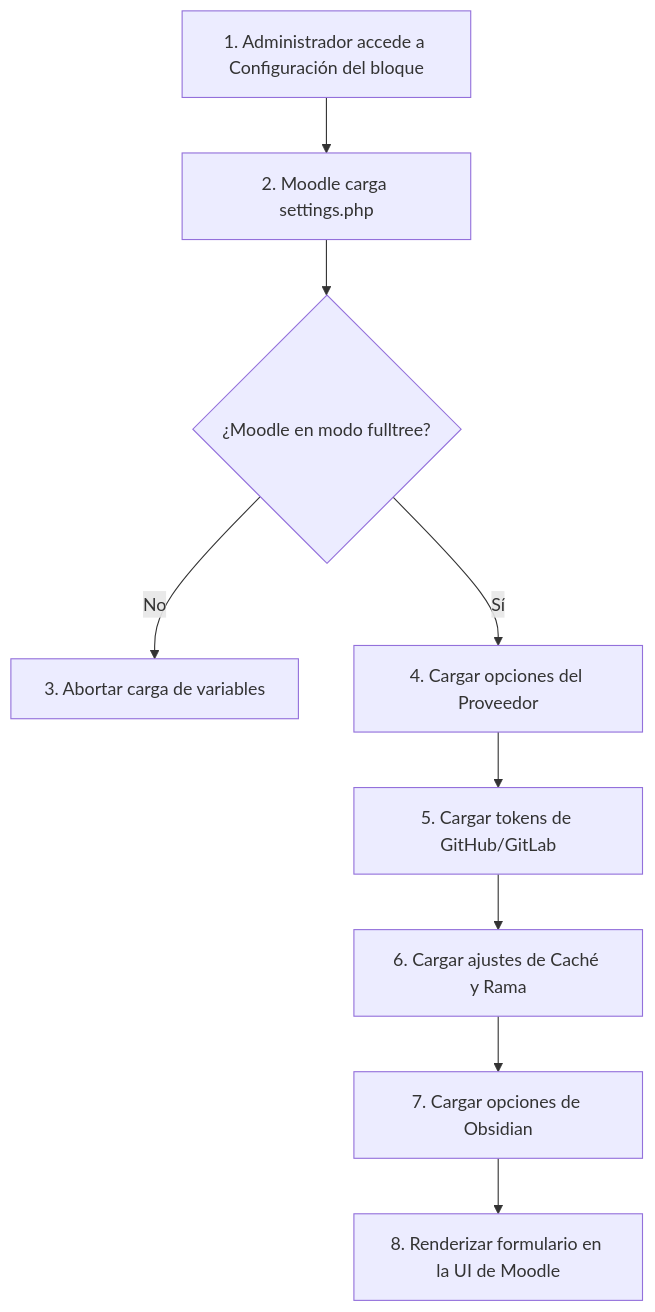
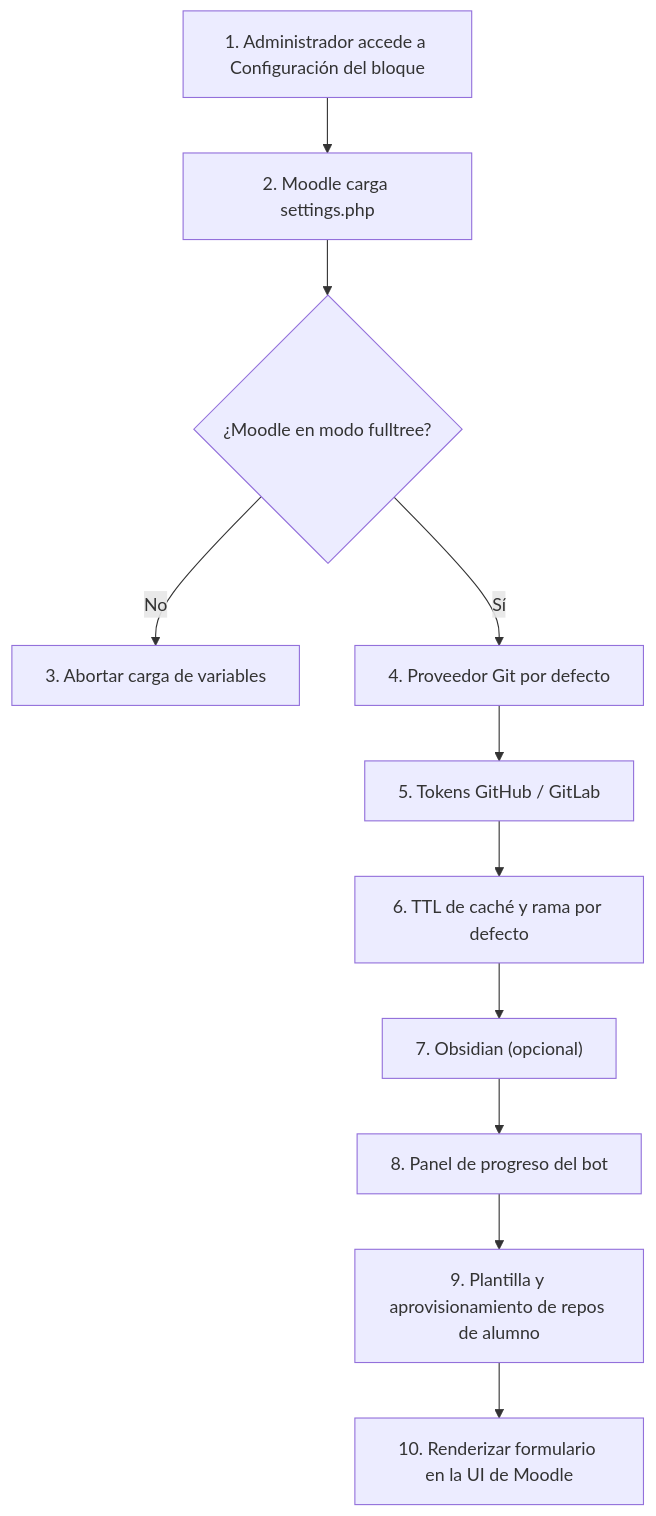
Before and after one commit to julia8873/pluginMoodleMetricas: the diagram in docs/gitmetrics/settings.md, drawn with Mermaid. The commit also changed other lines of this file and 60 other files, not shown here.

````diff
--- a/docs/gitmetrics/settings.md
+++ b/docs/gitmetrics/settings.md
@@ -13,11 +11,13 @@
 ```mermaid
 graph TD
     A["1. Administrador accede a Configuración del bloque"] --> B["2. Moodle carga settings.php"]
     B --> C{"¿Moodle en modo fulltree?"}
     C -->|"No"| D["3. Abortar carga de variables"]
-    C -->|"Sí"| E["4. Cargar opciones del Proveedor"]
-    E --> F["5. Cargar tokens de GitHub/GitLab"]
-    F --> G["6. Cargar ajustes de Caché y Rama"]
-    G --> H["7. Cargar opciones de Obsidian"]
-    H --> I["8. Renderizar formulario en la UI de Moodle"]
+    C -->|"Sí"| E["4. Proveedor Git por defecto"]
+    E --> F["5. Tokens GitHub / GitLab"]
+    F --> G["6. TTL de caché y rama por defecto"]
+    G --> H["7. Obsidian (opcional)"]
+    H --> I["8. Panel de progreso del bot"]
+    I --> J["9. Plantilla y aprovisionamiento de repos de alumno"]
+    J --> K["10. Renderizar formulario en la UI de Moodle"]
 ```
````
